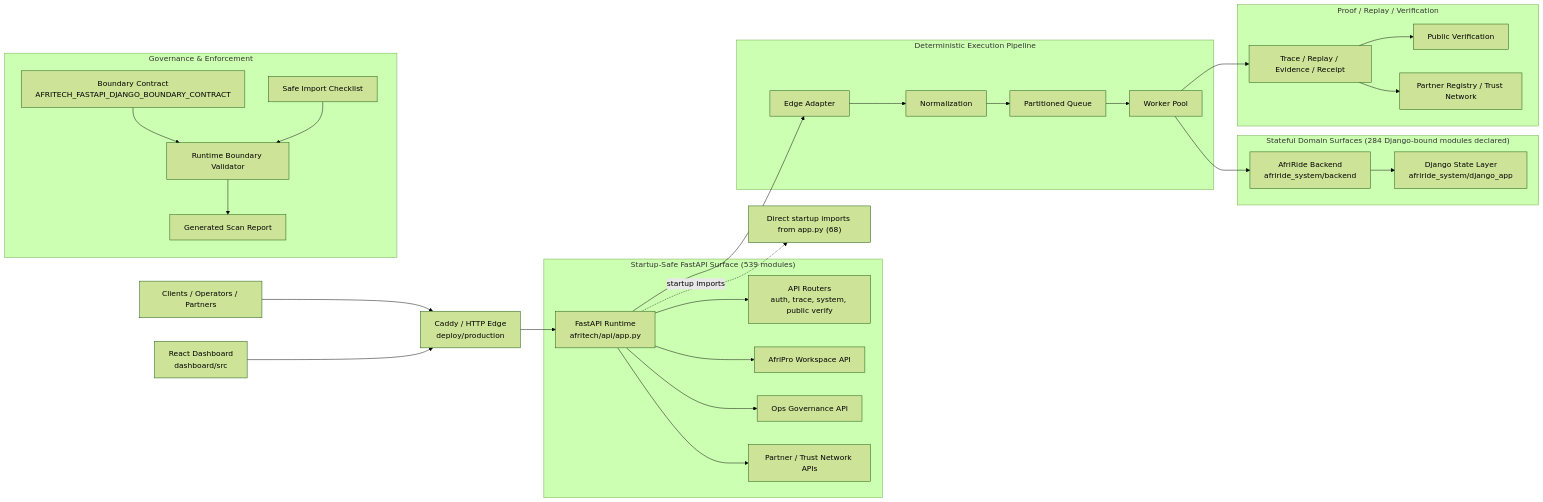
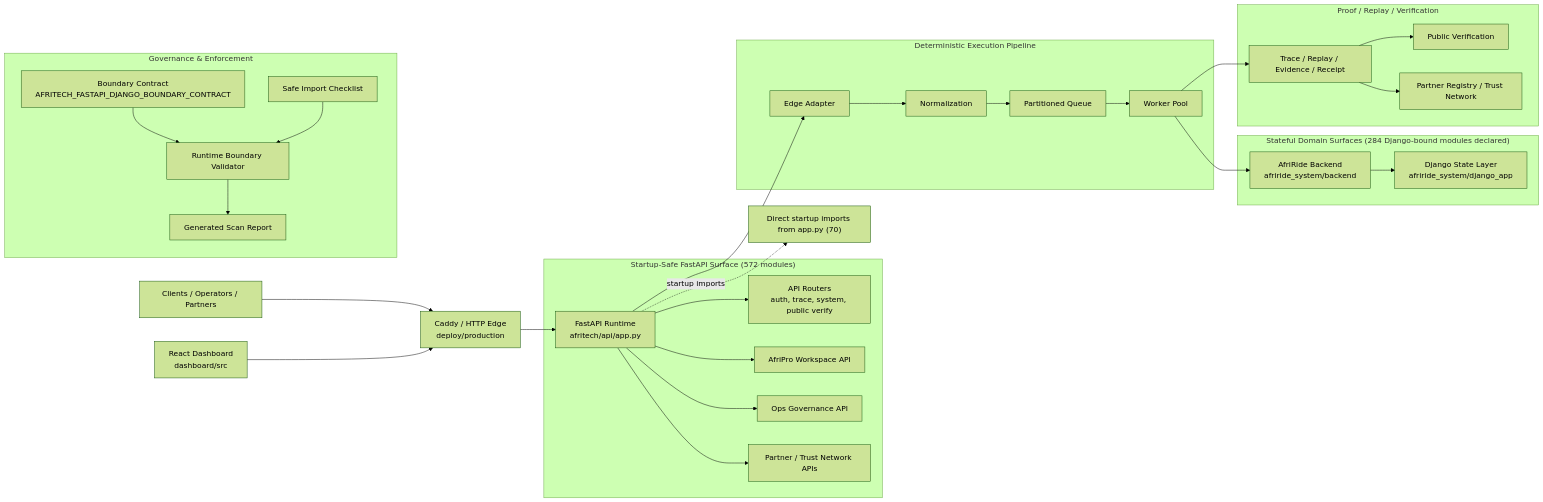
The first of 2 diagrams in docs/architecture/AFRITECH_FULL_ARCHITECTURE_GRAPH.md (Strelly2023/afritelematics), drawn with Mermaid (forest theme) before and after one commit. The commit also changed other lines of this file and 151 other files, not shown here.

````diff
--- a/docs/architecture/AFRITECH_FULL_ARCHITECTURE_GRAPH.md
+++ b/docs/architecture/AFRITECH_FULL_ARCHITECTURE_GRAPH.md
@@ -22,39 +22,39 @@
 ```mermaid
 flowchart LR
     Client["Clients / Operators / Partners"] --> Edge["Caddy / HTTP Edge\ndeploy/production"]
     Dashboard["React Dashboard\ndashboard/src"] --> Edge
     Edge --> App["FastAPI Runtime\nafritech/api/app.py"]
 
-    subgraph FastAPI["Startup-Safe FastAPI Surface (539 modules)"]
+    subgraph FastAPI["Startup-Safe FastAPI Surface (572 modules)"]
         App --> Api["API Routers\nauth, trace, system, public verify"]
         App --> Workspace["AfriPro Workspace API"]
         App --> Governance["Ops Governance API"]
         App --> Trust["Partner / Trust Network APIs"]
     end
 
     subgraph Pipeline["Deterministic Execution Pipeline"]
         App --> Adapt["Edge Adapter"]
         Adapt --> Normalize["Normalization"]
         Normalize --> Queue["Partitioned Queue"]
         Queue --> Worker["Worker Pool"]
     end
 
     subgraph State["Stateful Domain Surfaces (284 Django-bound modules declared)"]
         Worker --> Domain["AfriRide Backend\nafriride_system/backend"]
         Domain --> Django["Django State Layer\nafriride_system/django_app"]
     end
 
     subgraph Proof["Proof / Replay / Verification"]
         Worker --> Trace["Trace / Replay / Evidence / Receipt"]
         Trace --> Public["Public Verification"]
         Trace --> Registry["Partner Registry / Trust Network"]
     end
 
     subgraph GovernancePlane["Governance & Enforcement"]
         Contract["Boundary Contract\nAFRITECH_FASTAPI_DJANGO_BOUNDARY_CONTRACT"] --> Validator["Runtime Boundary Validator"]
         Checklist["Safe Import Checklist"] --> Validator
         Validator --> Review["Generated Scan Report"]
     end
 
-    App -. startup imports .-> Imports["Direct startup imports from app.py (68)"]
+    App -. startup imports .-> Imports["Direct startup imports from app.py (70)"]
 ```
````
